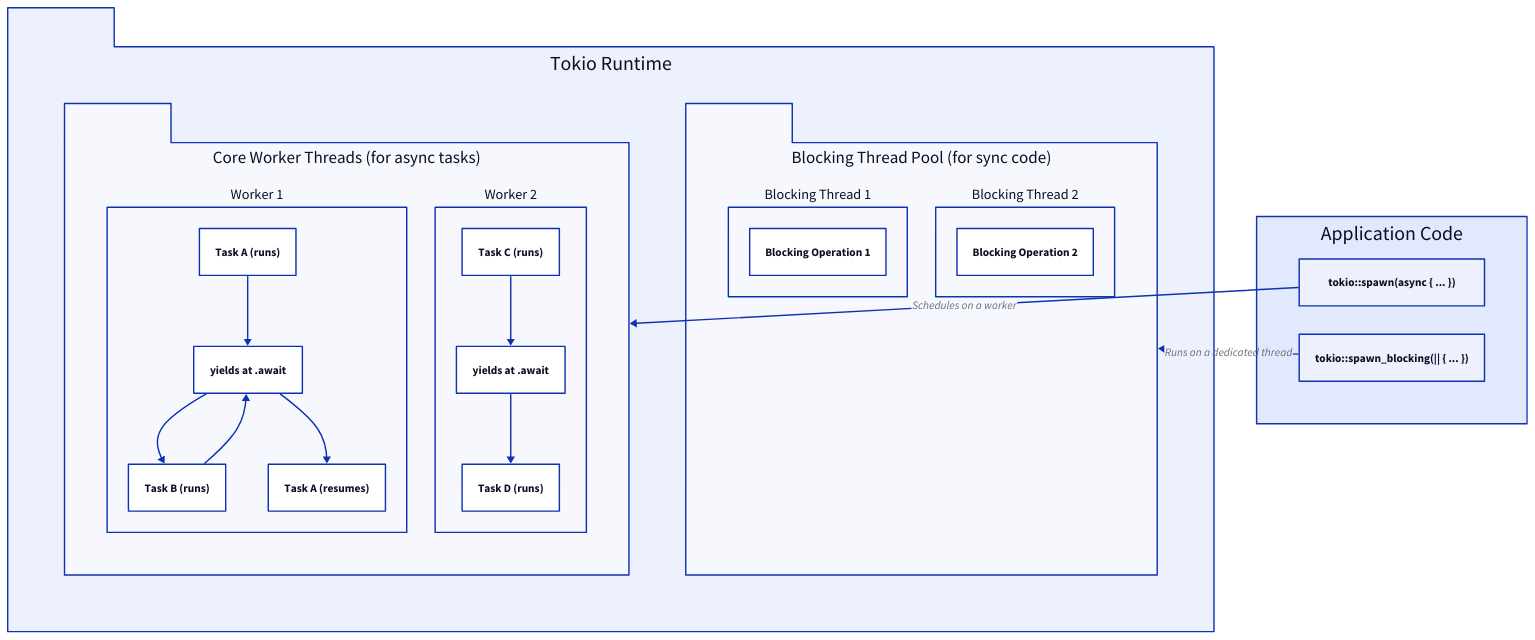
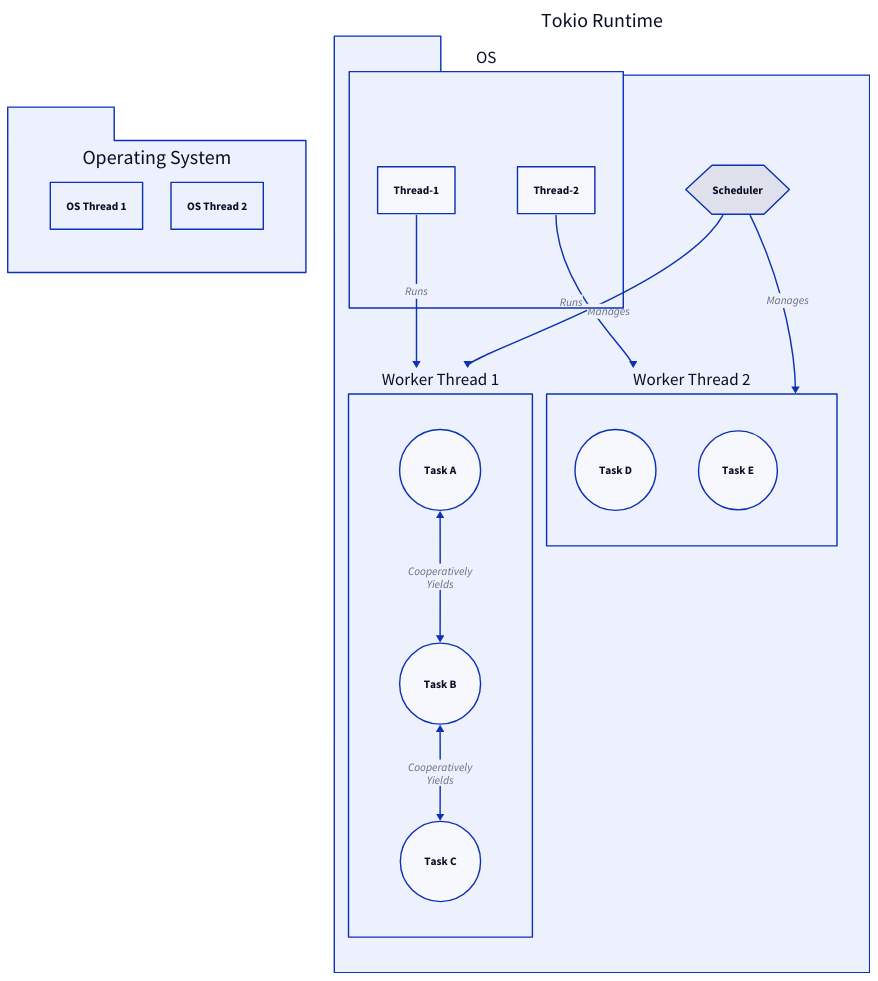
The diagram in .aigne/doc-smith/docs/concepts-tasks.md (lban2049/tokio), drawn with D2 before and after one commit. The commit also changed other lines of this file and 40 other files, not shown here.

````diff
--- a/.aigne/doc-smith/docs/concepts-tasks.md
+++ b/.aigne/doc-smith/docs/concepts-tasks.md
@@ -17,55 +13,50 @@
 ```d2
 direction: down
 
-"Tokio Runtime": {
+OS: {
   shape: package
+  label: "Operating System"
   grid-columns: 2
-  grid-gap: 80
 
-  "Core Worker Threads": {
-    label: "Core Worker Threads (for async tasks)"
-    shape: package
-    grid-columns: 2
-
-    "Worker 1": {
-      shape: rectangle
-      "Task A (runs)" -> "yields at .await" -> "Task B (runs)" -> "yields at .await" -> "Task A (resumes)"
-    }
-
-    "Worker 2": {
-      shape: rectangle
-      "Task C (runs)" -> "yields at .await" -> "Task D (runs)"
-    }
+  Thread-1: {
+    label: "OS Thread 1"
+    shape: rectangle
   }
-
-  "Blocking Thread Pool": {
-    label: "Blocking Thread Pool (for sync code)"
-    shape: package
-    grid-columns: 2
-
-    "Blocking Thread 1": {
-      shape: rectangle
-      "Blocking Operation 1"
-    }
-    "Blocking Thread 2": {
-      shape: rectangle
-      "Blocking Operation 2"
-    }
+  Thread-2: {
+    label: "OS Thread 2"
+    shape: rectangle
   }
 }
 
-"Application Code": {
-  shape: rectangle
-  grid-columns: 1
-  "spawn(async_fn)": {
-    label: "tokio::spawn(async { ... })"
+Tokio-Runtime: {
+  label: "Tokio Runtime"
+  shape: package
+
+  Scheduler: {
+    shape: hexagon
   }
-  "spawn_blocking(sync_fn)": {
-    label: "tokio::spawn_blocking(|| { ... })"
+
+  Worker-Thread-1: {
+    label: "Worker Thread 1"
+    shape: rectangle
+
+    Task-A: { label: "Task A"; shape: circle }
+    Task-B: { label: "Task B"; shape: circle }
+    Task-C: { label: "Task C"; shape: circle }
   }
+  Worker-Thread-2: {
+    label: "Worker Thread 2"
+    shape: rectangle
+
+    Task-D: { label: "Task D"; shape: circle }
+    Task-E: { label: "Task E"; shape: circle }
+  }
+
+  OS.Thread-1 -> Worker-Thread-1: "Runs"
+  OS.Thread-2 -> Worker-Thread-2: "Runs"
+  Scheduler -> Worker-Thread-1: "Manages"
+  Scheduler -> Worker-Thread-2: "Manages"
+  Worker-Thread-1.Task-A <-> Worker-Thread-1.Task-B: "Cooperatively\nYields"
+  Worker-Thread-1.Task-B <-> Worker-Thread-1.Task-C: "Cooperatively\nYields"
 }
-
-"Application Code"."spawn(async_fn)" -> "Tokio Runtime"."Core Worker Threads": "Schedules on a worker"
-"Application Code"."spawn_blocking(sync_fn)" -> "Tokio Runtime"."Blocking Thread Pool": "Runs on a dedicated thread"
-
 ```
````
